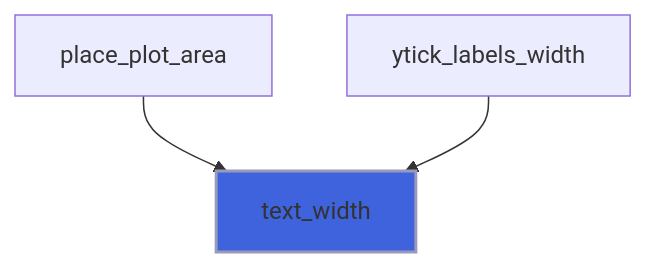
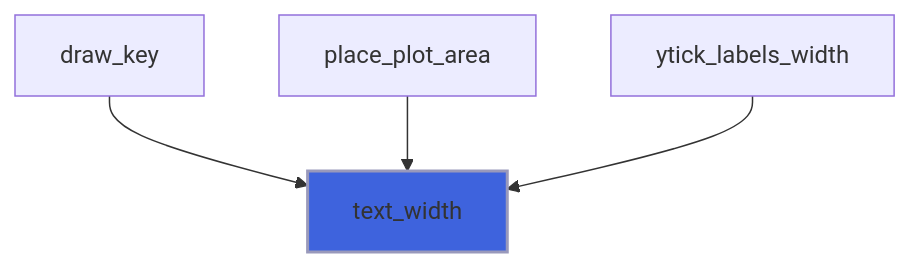
Before and after one commit to szaghi/foresight: diagram 21 of 24 in docs/api/src/lib/foresight_backend_dumb.md, drawn with Mermaid. The commit also changed other lines of this file and 42 other files, not shown here.

````diff
--- a/docs/api/src/lib/foresight_backend_dumb.md
+++ b/docs/api/src/lib/foresight_backend_dumb.md
@@ -678,6 +679,7 @@
 ```mermaid
 flowchart TD
+  draw_key["draw_key"] --> text_width["text_width"]
   place_plot_area["place_plot_area"] --> text_width["text_width"]
   ytick_labels_width["ytick_labels_width"] --> text_width["text_width"]
   style text_width fill:#3e63dd,stroke:#99b,stroke-width:2px
 ```
````
